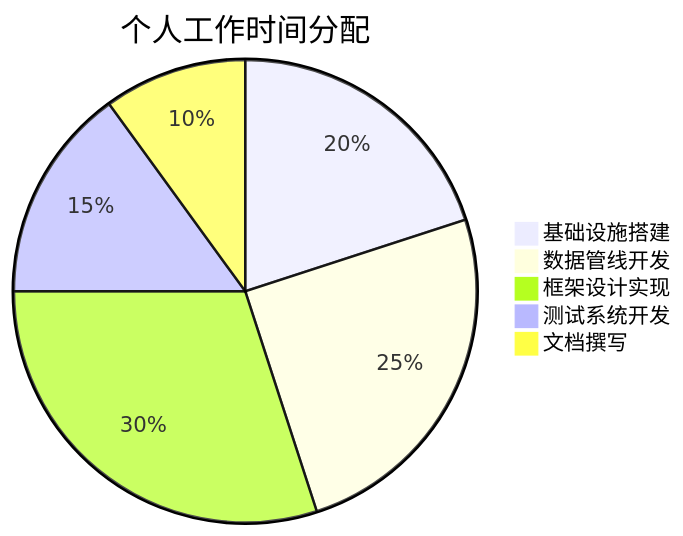
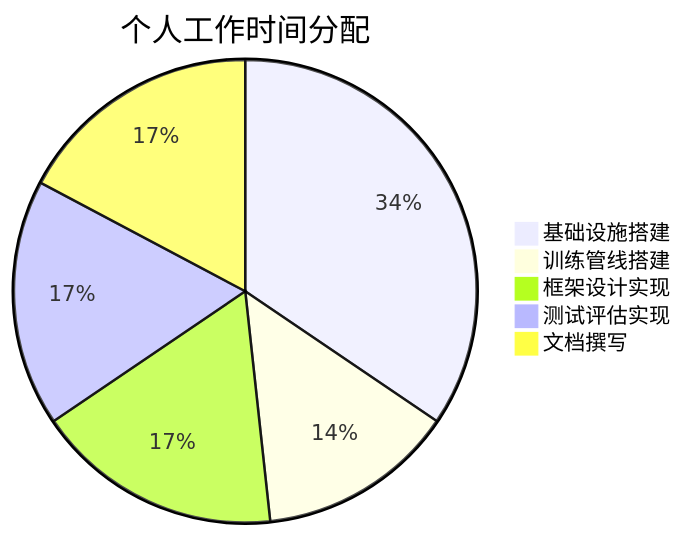
One commit to MasterYip/RoboTwin_HierVLA changed the second of 2 diagrams in doc/report/report_yl.md. Above: the diagram before and after it, drawn with Mermaid. The commit also changed other lines of this file, not shown here.

````diff
--- a/doc/report/report_yl.md
+++ b/doc/report/report_yl.md
@@ -352,8 +307,8 @@
 ```mermaid
 pie title 个人工作时间分配
-    "基础设施搭建" : 20
-    "数据管线开发" : 25
-    "框架设计实现" : 30
-    "测试系统开发" : 15
-    "文档撰写" : 10
+    "基础设施搭建" : 10
+    "训练管线搭建" : 4
+    "框架设计实现" : 5
+    "测试评估实现" : 5
+    "文档撰写" : 5
 ```
````
